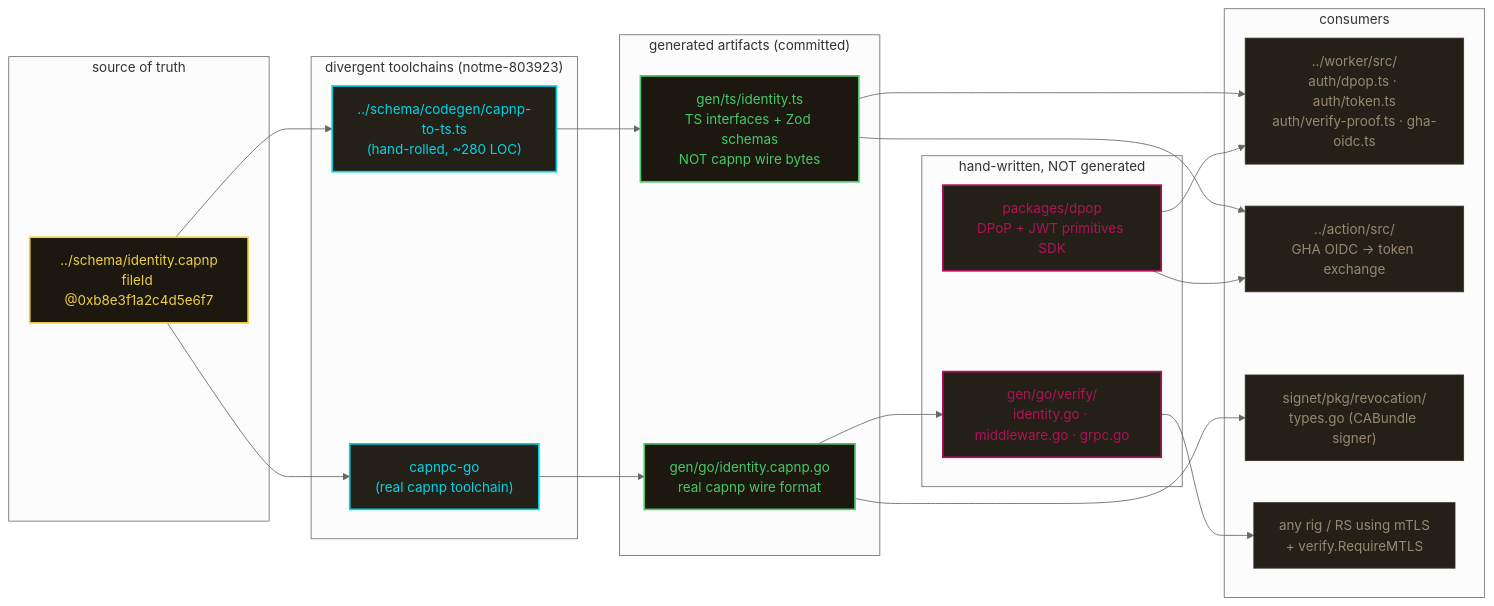
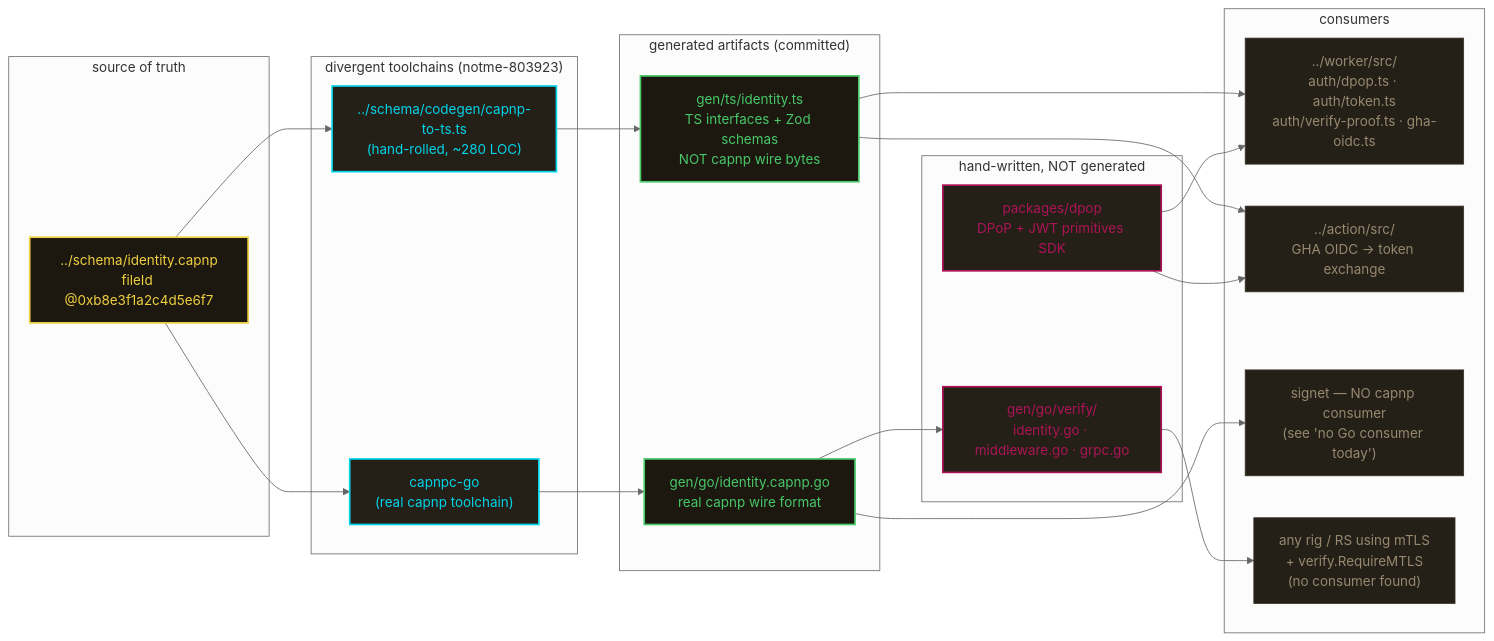
Before and after one commit to agentic-research/notme: the diagram in gen/README.md, drawn with Mermaid (neutral theme). The commit also changed other lines of this file and 3 other files, not shown here.

````diff
--- a/gen/README.md
+++ b/gen/README.md
@@ -23,46 +23,46 @@
 ```mermaid
 graph LR
     classDef src fill:#1c1810,stroke:#f0d040,stroke-width:2px,color:#f0d040
     classDef tool fill:#242018,stroke:#00d4e8,stroke-width:2px,color:#00d4e8
     classDef gen fill:#1c1810,stroke:#48c868,stroke-width:2px,color:#48c868
     classDef hand fill:#242018,stroke:#ad1457,stroke-width:2px,color:#ad1457
     classDef consumer fill:#242018,stroke:#3a3428,stroke-width:1px,color:#988870
 
     subgraph source ["source of truth"]
         Capnp["../schema/identity.capnp<br/>fileId @0xb8e3f1a2c4d5e6f7"]:::src
     end
 
     subgraph toolchains ["divergent toolchains (notme-803923)"]
         CapncGo["capnpc-go<br/>(real capnp toolchain)"]:::tool
         CapncTs["../schema/codegen/capnp-to-ts.ts<br/>(hand-rolled, ~280 LOC)"]:::tool
     end
 
     subgraph generated ["generated artifacts (committed)"]
         GoGen["gen/go/identity.capnp.go<br/>real capnp wire format"]:::gen
         TsGen["gen/ts/identity.ts<br/>TS interfaces + Zod schemas<br/>NOT capnp wire bytes"]:::gen
     end
 
     subgraph handwritten ["hand-written, NOT generated"]
         Verify["gen/go/verify/<br/>identity.go · middleware.go · grpc.go"]:::hand
         Dpop["packages/dpop<br/>DPoP + JWT primitives SDK"]:::hand
     end
 
     subgraph consumers ["consumers"]
         Worker["../worker/src/<br/>auth/dpop.ts · auth/token.ts<br/>auth/verify-proof.ts · gha-oidc.ts"]:::consumer
         Action["../action/src/<br/>GHA OIDC → token exchange"]:::consumer
-        Signet["signet/pkg/revocation/<br/>types.go (CABundle signer)"]:::consumer
-        Rig["any rig / RS using mTLS<br/>+ verify.RequireMTLS"]:::consumer
+        Signet["signet — NO capnp consumer<br/>(see 'no Go consumer today')"]:::consumer
+        Rig["any rig / RS using mTLS<br/>+ verify.RequireMTLS<br/>(no consumer found)"]:::consumer
     end
 
     Capnp --> CapncGo --> GoGen
     Capnp --> CapncTs --> TsGen
 
     GoGen --> Verify
     GoGen --> Signet
     Verify --> Rig
 
     TsGen --> Worker
     TsGen --> Action
     Dpop --> Worker
     Dpop --> Action
 ```
````
